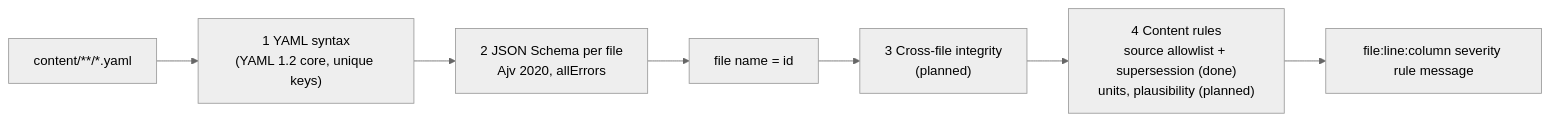
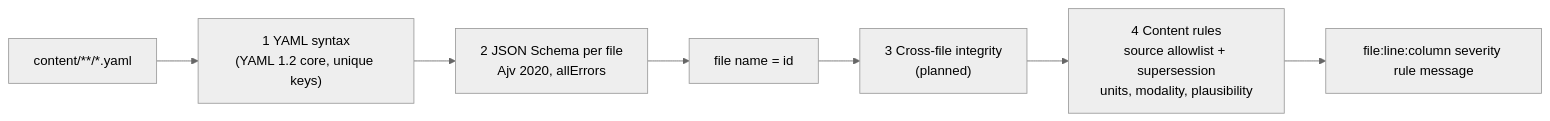
The first of 3 diagrams in docs/content-model.md (tudorgrigoriu90/valvia), drawn with Mermaid (neutral theme) before and after one commit. The commit also changed other lines of this file and 2 other files, not shown here.

First line of the commit message:
TS-02.2.4: plausibility checks

````diff
--- a/docs/content-model.md
+++ b/docs/content-model.md
@@ -9,9 +9,9 @@
 ```mermaid
 flowchart LR
     yaml["content/**/*.yaml"] --> syntax["1 YAML syntax<br/>(YAML 1.2 core, unique keys)"]
     syntax --> schema["2 JSON Schema per file<br/>Ajv 2020, allErrors"]
     schema --> name["file name = id"]
     name --> cross["3 Cross-file integrity<br/>(planned)"]
-    cross --> rules["4 Content rules<br/>source allowlist + supersession (done)<br/>units, plausibility (planned)"]
+    cross --> rules["4 Content rules<br/>source allowlist + supersession<br/>units, modality, plausibility"]
     rules --> out["file:line:column severity rule message"]
 ```
````
